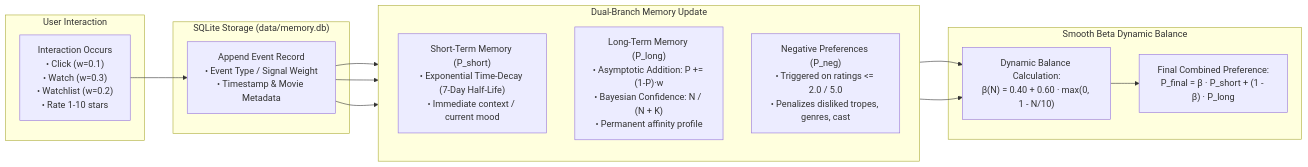
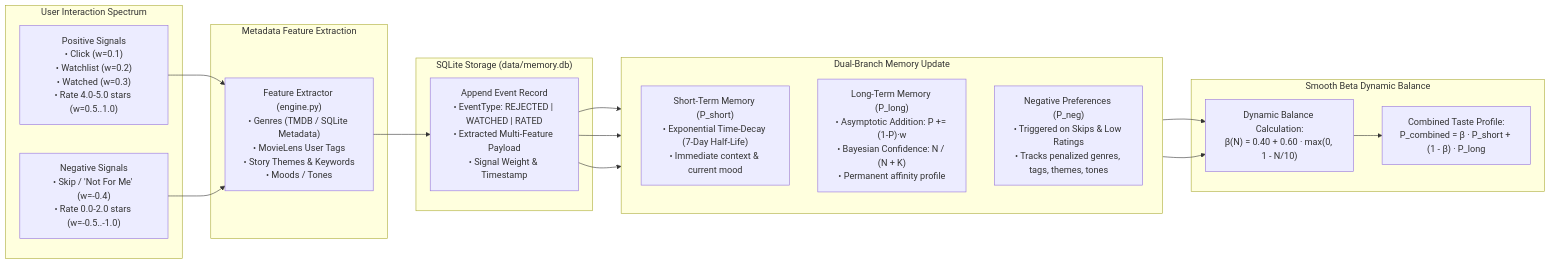
Before and after one commit to LiliesInLakes/techquest: the second of 4 diagrams in ARCHITECTURE.md, drawn with Mermaid. The commit also changed other lines of this file and 70 other files, not shown here.

````diff
--- a/ARCHITECTURE.md
+++ b/ARCHITECTURE.md
@@ -121,31 +140,38 @@
 ```mermaid
 flowchart LR
-    subgraph UserAction ["User Interaction"]
-        Act["Interaction Occurs\n• Click (w=0.1)\n• Watch (w=0.3)\n• Watchlist (w=0.2)\n• Rate 1-10 stars"]
+    subgraph UserAction ["User Interaction Spectrum"]
+        PosAct["Positive Signals\n• Click (w=0.1)\n• Watchlist (w=0.2)\n• Watched (w=0.3)\n• Rate 4.0-5.0 stars (w=0.5..1.0)"]
+        RejAct["Negative Signals\n• Skip / 'Not For Me' (w=-0.4)\n• Rate 0.0-2.0 stars (w=-0.5..-1.0)"]
+    end
+
+    subgraph FeatureExtractor ["Metadata Feature Extraction"]
+        Ext["Feature Extractor (engine.py)\n• Genres (TMDB / SQLite Metadata)\n• MovieLens User Tags\n• Story Themes & Keywords\n• Moods / Tones"]
     end
 
     subgraph DatabaseLedger ["SQLite Storage (data/memory.db)"]
-        Ledger["Append Event Record\n• Event Type / Signal Weight\n• Timestamp & Movie Metadata"]
+        Ledger["Append Event Record\n• EventType: REJECTED | WATCHED | RATED\n• Extracted Multi-Feature Payload\n• Signal Weight & Timestamp"]
     end
 
     subgraph DualMemoryUpdate ["Dual-Branch Memory Update"]
         direction TB
-        ShortTerm["Short-Term Memory (P_short)\n• Exponential Time-Decay (7-Day Half-Life)\n• Immediate context / current mood"]
+        ShortTerm["Short-Term Memory (P_short)\n• Exponential Time-Decay (7-Day Half-Life)\n• Immediate context & current mood"]
         LongTerm["Long-Term Memory (P_long)\n• Asymptotic Addition: P += (1-P)·w\n• Bayesian Confidence: N / (N + K)\n• Permanent affinity profile"]
-        Negative["Negative Preferences (P_neg)\n• Triggered on ratings <= 2.0 / 5.0\n• Penalizes disliked tropes, genres, cast"]
+        Negative["Negative Preferences (P_neg)\n• Triggered on Skips & Low Ratings\n• Tracks penalized genres, tags, themes, tones"]
     end
 
     subgraph BlendingEngine ["Smooth Beta Dynamic Balance"]
         BetaCalc["Dynamic Balance Calculation:\nβ(N) = 0.40 + 0.60 · max(0, 1 - N/10)"]
-        Combined["Final Combined Preference:\nP_final = β · P_short + (1 - β) · P_long"]
+        Combined["Combined Taste Profile:\nP_combined = β · P_short + (1 - β) · P_long"]
     end
 
-    Act --> Ledger
+    PosAct --> Ext
+    RejAct --> Ext
+    Ext --> Ledger
     Ledger --> ShortTerm
     Ledger --> LongTerm
     Ledger --> Negative
 
     ShortTerm --> BetaCalc
     LongTerm --> BetaCalc
     BetaCalc --> Combined
 ```
````
